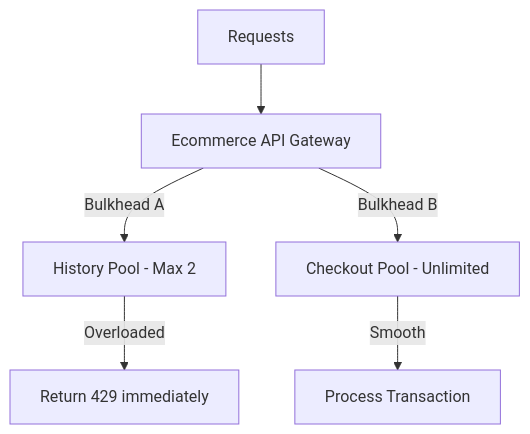
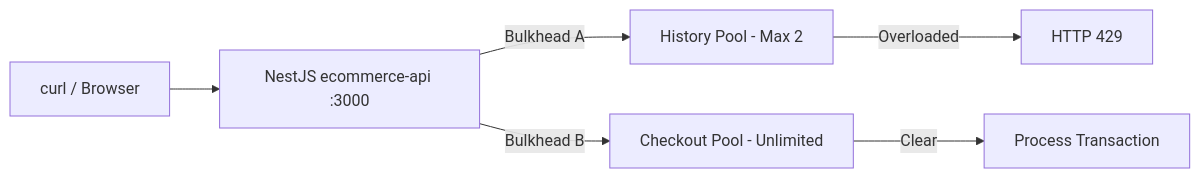
One commit to starci-lab/starci-academy-backend changed the diagram in .mount/data/courses/1-system-design-mastery/modules/5-reliability-and-resilience-patterns/contents/2-bulkhead-pattern/en.md. Above: the diagram before and after it, drawn with Mermaid. The commit also changed other lines of this file and 25 other files, not shown here.

````diff
--- a/.mount/data/courses/1-system-design-mastery/modules/5-reliability-and-resilience-patterns/contents/2-bulkhead-pattern/en.md
+++ b/.mount/data/courses/1-system-design-mastery/modules/5-reliability-and-resilience-patterns/contents/2-bulkhead-pattern/en.md
@@ -23,8 +47,8 @@
 ```mermaid
-flowchart TD
-    Req[Requests] --> API[Ecommerce API Gateway]
-    API -->|Bulkhead A| PoolA[History Pool - Max 2]
-    API -->|Bulkhead B| PoolB[Checkout Pool - Unlimited]
-    PoolA -- Overloaded --> Error[Return 429 immediately]
-    PoolB -- Smooth --> Process[Process Transaction]
+flowchart LR
+    Client["curl / Browser"] --> Api["NestJS ecommerce-api :3000"]
+    Api -->|Bulkhead A| PoolA["History Pool - Max 2"]
+    Api -->|Bulkhead B| PoolB["Checkout Pool - Unlimited"]
+    PoolA -- Overloaded --> Reject["HTTP 429"]
+    PoolB -- Clear --> Process["Process Transaction"]
 ```
````
